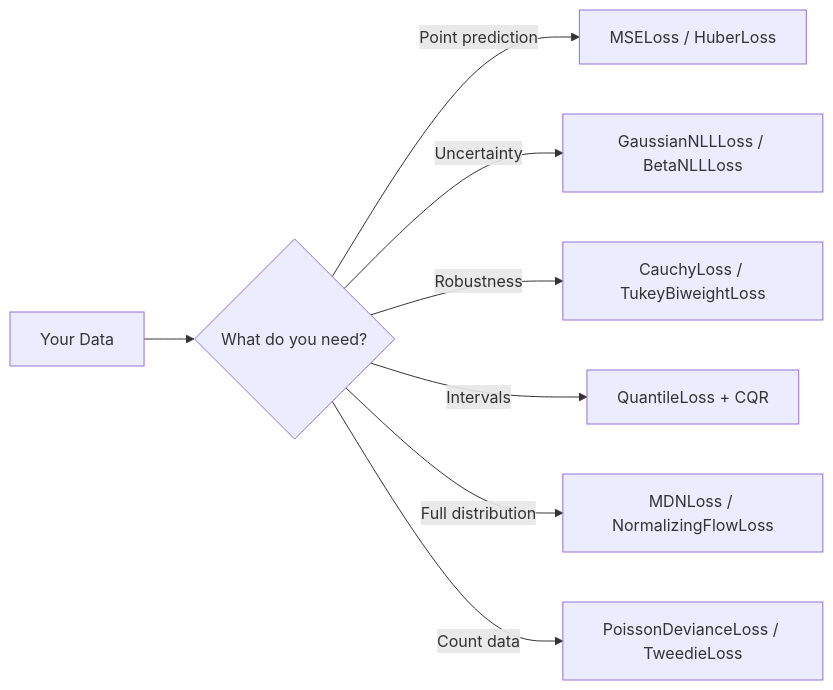
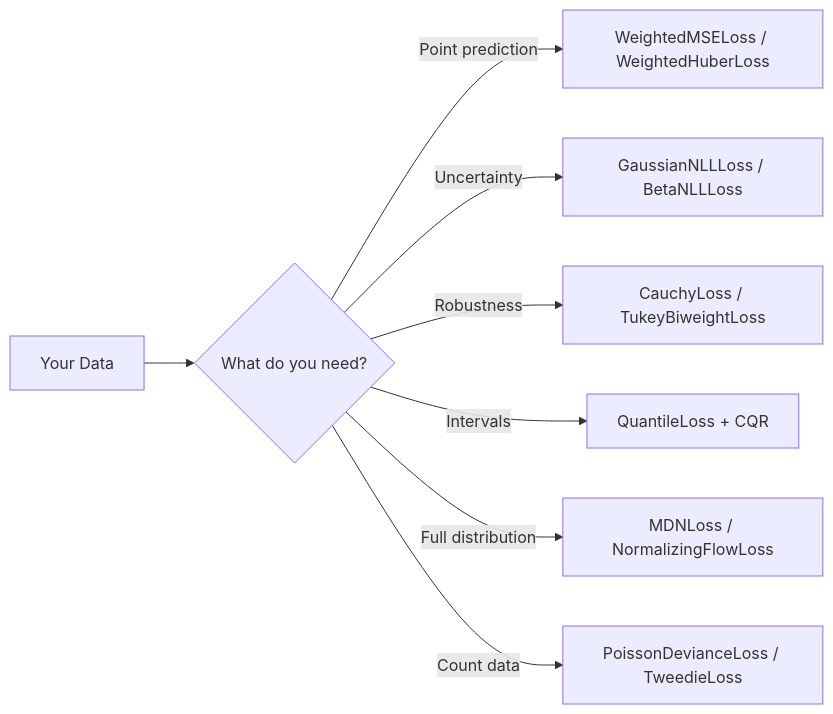
Before and after one commit to astroai/torchregress: the diagram in docs/losses/index.md, drawn with Mermaid. The commit also changed other lines of this file and 63 other files, not shown here.

Commit message:
refactor: clean up legacy compatibility wrappers, add external comparison examples, and exclude research roadmaps from guardrail checks

````diff
--- a/docs/losses/index.md
+++ b/docs/losses/index.md
@@ -12,10 +12,10 @@
 ```mermaid
 graph LR
     A["Your Data"] --> B{"What do you need?"}
-    B -->|Point prediction| C["MSELoss / HuberLoss"]
+    B -->|Point prediction| C["WeightedMSELoss / WeightedHuberLoss"]
     B -->|Uncertainty| D["GaussianNLLLoss / BetaNLLLoss"]
     B -->|Robustness| E["CauchyLoss / TukeyBiweightLoss"]
     B -->|Intervals| F["QuantileLoss + CQR"]
     B -->|Full distribution| G["MDNLoss / NormalizingFlowLoss"]
     B -->|Count data| H["PoissonDevianceLoss / TweedieLoss"]
 ```
````
